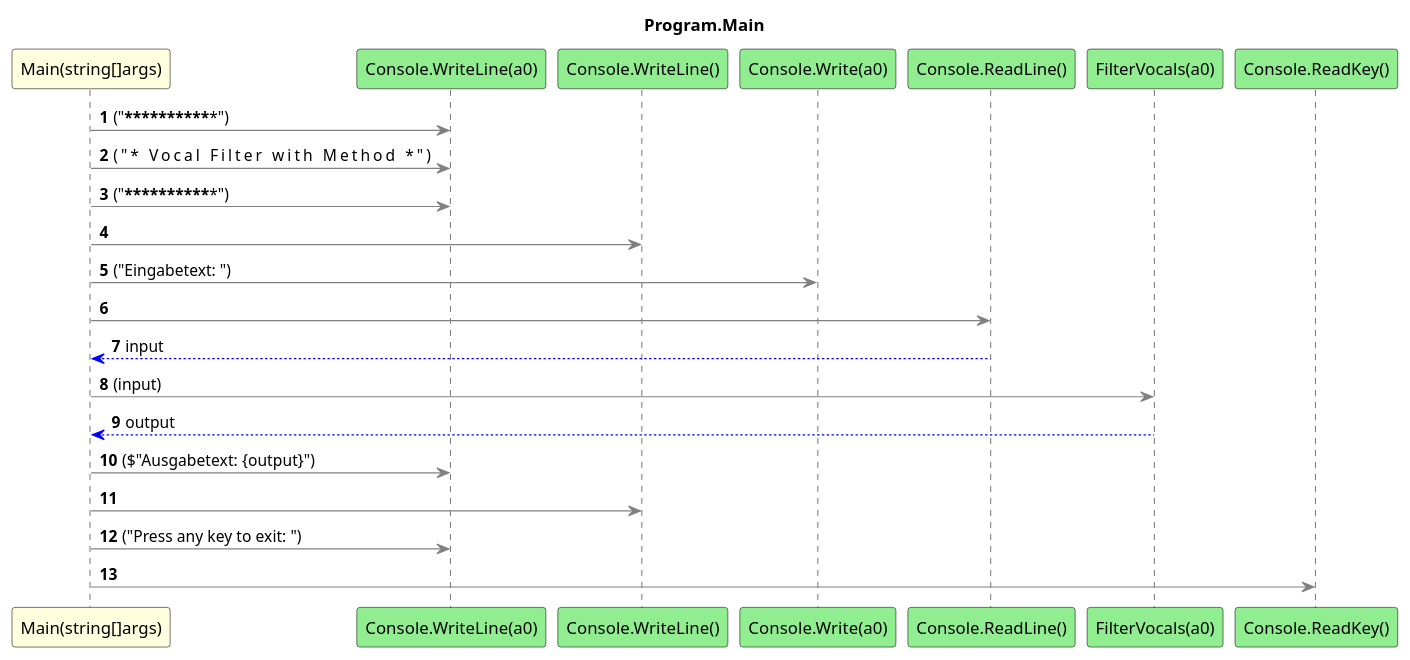
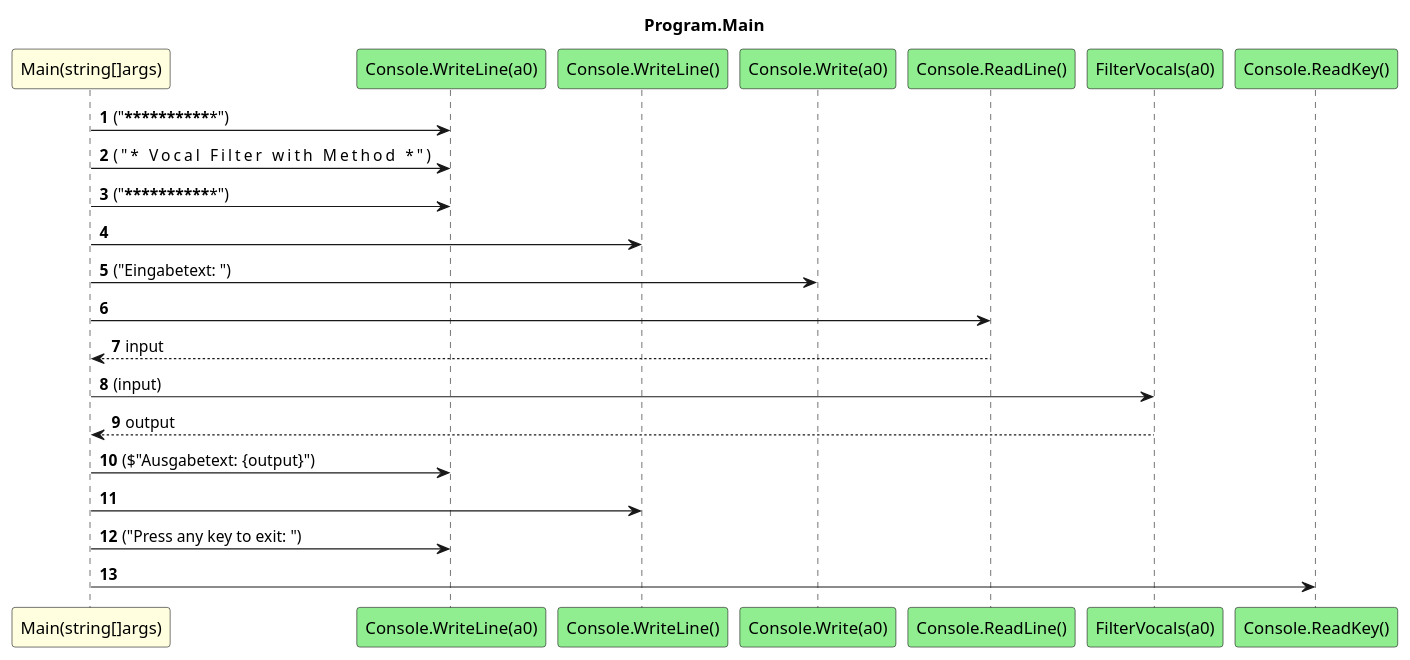
One commit to leoggehrer/2324-34_ABIF_ACIF_POSE changed the diagram in VocalFilterWithMethod.ConApp/diagrams/sq_Program_Main.puml. Above: the diagram before and after it, drawn with PlantUML. The commit also changed 479 other files, not shown here.

Commit message:
Updated diagrams.

```diff
--- a/VocalFilterWithMethod.ConApp/diagrams/sq_Program_Main.puml
+++ b/VocalFilterWithMethod.ConApp/diagrams/sq_Program_Main.puml
@@ -1,24 +1,24 @@
 @startuml Program.Main
 title Program.Main
 participant "Main(string[]args)" as Main_p0 #LightYellow
 participant "Console.WriteLine(a0)" as Console_WriteLine_a0 #LightGreen
 participant "Console.WriteLine()" as Console_WriteLine #LightGreen
 participant "Console.Write(a0)" as Console_Write_a0 #LightGreen
 participant "Console.ReadLine()" as Console_ReadLine #LightGreen
 participant "FilterVocals(a0)" as FilterVocals_a0 #LightGreen
 participant "Console.ReadKey()" as Console_ReadKey #LightGreen
 autonumber
-Main_p0 -[#grey]> Console_WriteLine_a0 : ("***************************************************")
-Main_p0 -[#grey]> Console_WriteLine_a0 : ("* Vocal Filter with Method                        *")
-Main_p0 -[#grey]> Console_WriteLine_a0 : ("***************************************************")
-Main_p0 -[#grey]> Console_WriteLine
-Main_p0 -[#grey]> Console_Write_a0 : ("Eingabetext: ")
-Main_p0 -[#grey]> Console_ReadLine
-Console_ReadLine -[#blue]-> Main_p0 : input
-Main_p0 -[#grey]> FilterVocals_a0 : (input)
-FilterVocals_a0 -[#blue]-> Main_p0 : output
-Main_p0 -[#grey]> Console_WriteLine_a0 : ($"Ausgabetext: {output}")
-Main_p0 -[#grey]> Console_WriteLine
-Main_p0 -[#grey]> Console_WriteLine_a0 : ("Press any key to exit: ")
-Main_p0 -[#grey]> Console_ReadKey
+Main_p0 -> Console_WriteLine_a0 : ("***************************************************")
+Main_p0 -> Console_WriteLine_a0 : ("* Vocal Filter with Method                        *")
+Main_p0 -> Console_WriteLine_a0 : ("***************************************************")
+Main_p0 -> Console_WriteLine
+Main_p0 -> Console_Write_a0 : ("Eingabetext: ")
+Main_p0 -> Console_ReadLine
+Console_ReadLine --> Main_p0 : input
+Main_p0 -> FilterVocals_a0 : (input)
+FilterVocals_a0 --> Main_p0 : output
+Main_p0 -> Console_WriteLine_a0 : ($"Ausgabetext: {output}")
+Main_p0 -> Console_WriteLine
+Main_p0 -> Console_WriteLine_a0 : ("Press any key to exit: ")
+Main_p0 -> Console_ReadKey
 @enduml
```
